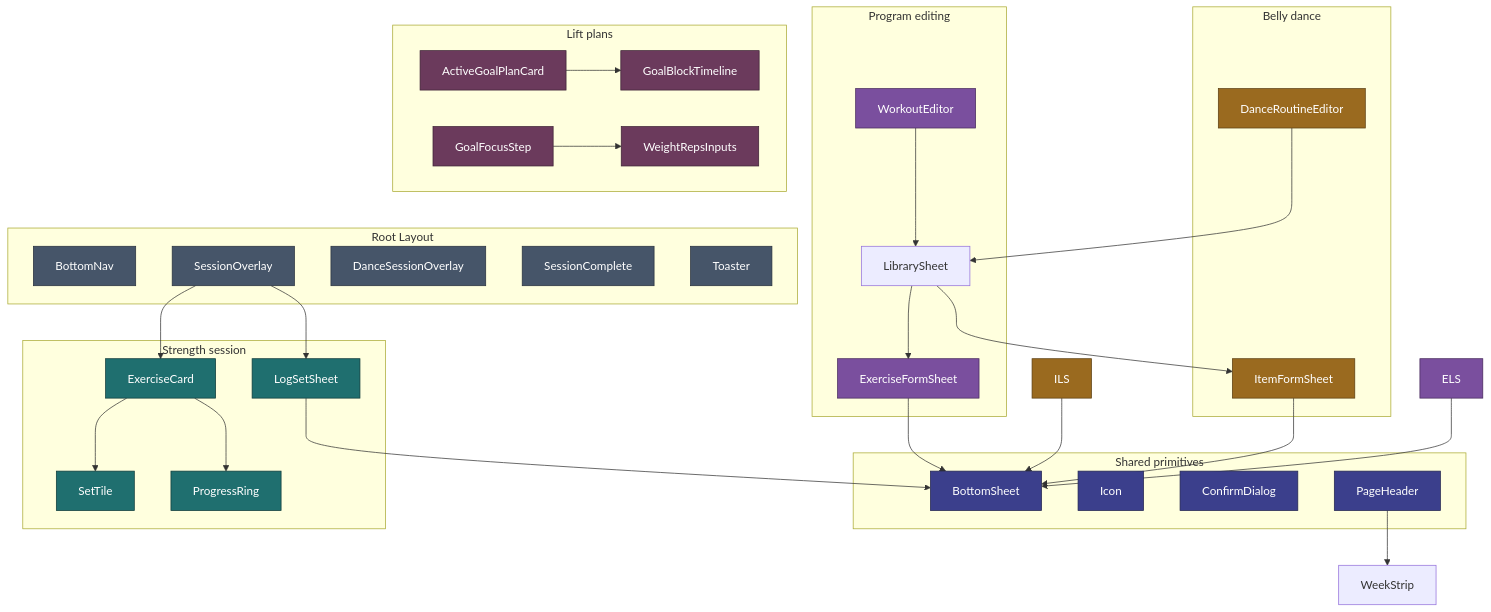
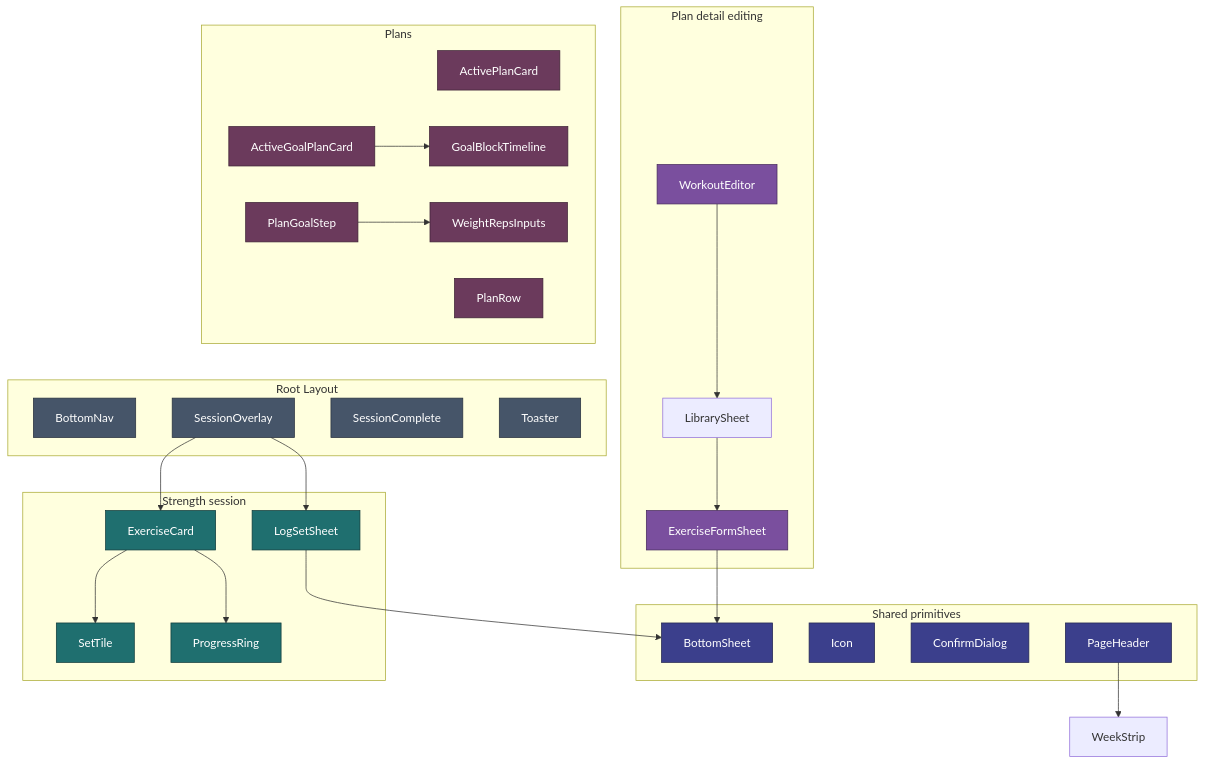
One commit to jermbo/CosmicWorkOut changed the diagram in docs/implementation/components.md. Above: the diagram before and after it, drawn with Mermaid. The commit also changed other lines of this file and 79 other files, not shown here.

````diff
--- a/docs/implementation/components.md
+++ b/docs/implementation/components.md
@@ -212,65 +197,57 @@
 ```mermaid
 flowchart TB
     subgraph layout ["Root Layout"]
         BN[BottomNav]
         SO[SessionOverlay]
-        DSO[DanceSessionOverlay]
         SC[SessionComplete]
         TO[Toaster]
     end
 
     subgraph shared ["Shared primitives"]
         BS[BottomSheet]
         IC[Icon]
         CD[ConfirmDialog]
         PH[PageHeader]
     end
 
     subgraph strength ["Strength session"]
         EC[ExerciseCard]
         ST[SetTile]
         LS[LogSetSheet]
         PR[ProgressRing]
     end
 
-    subgraph editor ["Program editing"]
+    subgraph editor ["Plan detail editing"]
         WE[WorkoutEditor]
         LIB[LibrarySheet]
         EFS[ExerciseFormSheet]
     end
 
-    subgraph dance ["Belly dance"]
-        DRE[DanceRoutineEditor]
-        IFS[ItemFormSheet]
-    end
-
-    subgraph goals ["Lift plans"]
+    subgraph plans ["Plans"]
+        APC[ActivePlanCard]
+        PR2[PlanRow]
         AGPC[ActiveGoalPlanCard]
         GBT[GoalBlockTimeline]
-        GFS[GoalFocusStep]
+        PGS[PlanGoalStep]
         WRI[WeightRepsInputs]
     end
-
 
     SO --> EC --> PR & ST
     SO --> LS
     WE --> LIB --> EFS
-    DRE --> LIB --> IFS
     AGPC --> GBT
-    GFS --> WRI
+    PGS --> WRI
     PH --> WeekStrip
-    LS & EFS & ILS & IFS & ELS --> BS
+    LS & EFS --> BS
 
     classDef layout fill:#465569,stroke:#28313e,color:#ffffff;
     classDef shared fill:#3b3f8c,stroke:#23264f,color:#ffffff;
     classDef strength fill:#1f6f6f,stroke:#0f3a3a,color:#ffffff;
     classDef editor fill:#7a4f9e,stroke:#46295c,color:#ffffff;
-    classDef dance fill:#9a6a1f,stroke:#5c3f12,color:#ffffff;
-    classDef goals fill:#6b3a5c,stroke:#3d2235,color:#ffffff;
-    class BN,SO,DSO,SC,TO layout;
+    classDef plans fill:#6b3a5c,stroke:#3d2235,color:#ffffff;
+    class BN,SO,SC,TO layout;
     class BS,IC,CD,PH shared;
     class EC,ST,LS,PR strength;
-    class WE,ELS,EFS editor;
-    class DRE,ILS,IFS dance;
-    class AGPC,GBT,GFS,WRI goals;
+    class WE,EFS editor;
+    class APC,PR2,AGPC,GBT,PGS,WRI plans;
 ```
````
